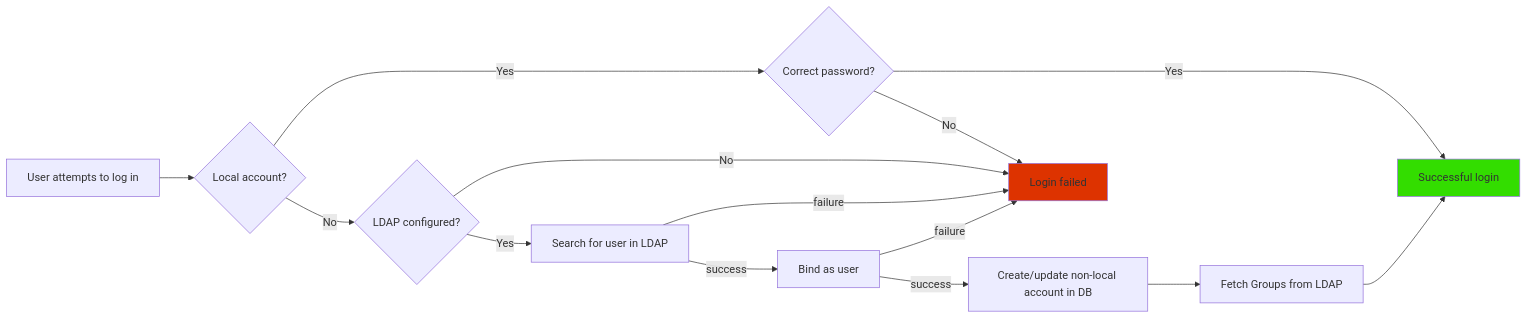
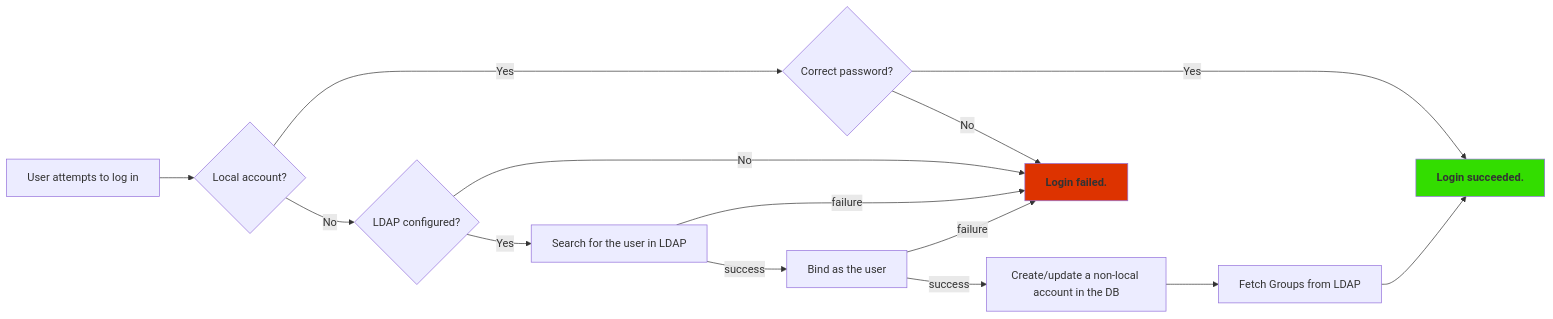
The diagram in docs/IP_Fabric_Settings/administration/ldap.md (ipfabric/docs), drawn with Mermaid before and after one commit. The commit also changed other lines of this file and 12 other files, not shown here.

````diff
--- a/docs/IP_Fabric_Settings/administration/ldap.md
+++ b/docs/IP_Fabric_Settings/administration/ldap.md
@@ -17,23 +27,23 @@
 ```mermaid
 graph LR
     LoginStart[User attempts to log in] --> UserLocal{Local account?}
 
     UserLocal -->|Yes| PswCheck{Correct password?}
-      PswCheck -->|Yes| LoginOk[Successful login]
-      PswCheck --> |No| LoginFailed[Login failed]
+      PswCheck -->|Yes| LoginOk[<strong>Login succeeded.</strong>]
+      PswCheck --> |No| LoginFailed[<strong>Login failed.</strong>]
     UserLocal -->|No| LDAP{LDAP configured?}
 
-    LDAP -->|No| LoginFailed[Login failed]
-    LDAP -->|Yes| LdapSearch[Search for user in LDAP]
+    LDAP -->|No| LoginFailed
+    LDAP -->|Yes| LdapSearch[Search for the user in LDAP]
 
-  	LdapSearch --> |failure| LoginFailed[Login failed]
-    LdapSearch -->|success| LdapBind[Bind as user]
+  	LdapSearch --> |failure| LoginFailed
+    LdapSearch -->|success| LdapBind[Bind as the user]
 
-  	LdapBind --> |failure| LoginFailed[Login failed]
-    LdapBind -->|success| UserLocalLdap[Create/update non-local account in DB]
+  	LdapBind --> |failure| LoginFailed
+    LdapBind -->|success| UserLocalLdap[Create/update a non-local account in the DB]
     UserLocalLdap --> FetchGroups[Fetch Groups from LDAP]
-    FetchGroups --> LoginOk[Successful login]
+    FetchGroups --> LoginOk
 
     style LoginOk fill:#33dd00
     style LoginFailed fill:#dd3300
 ```
````
